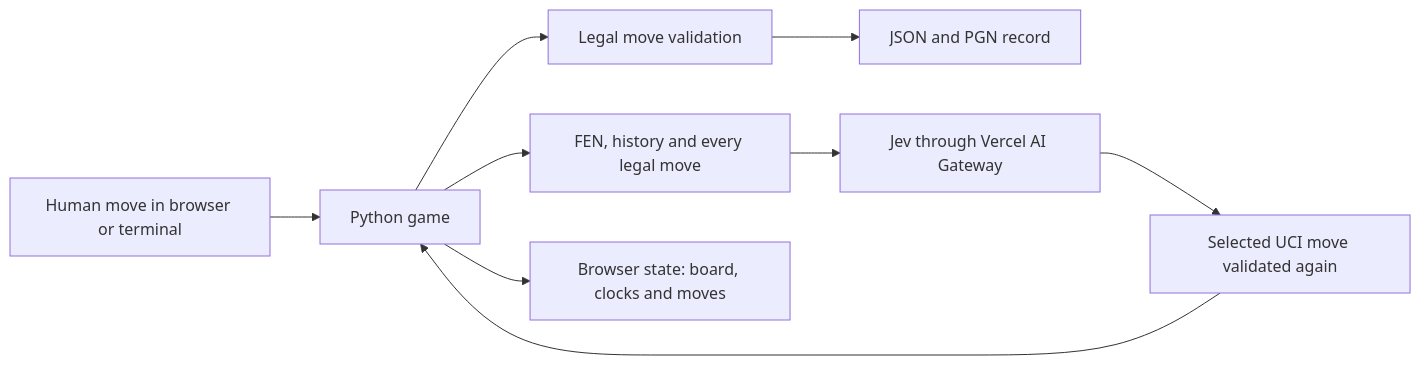
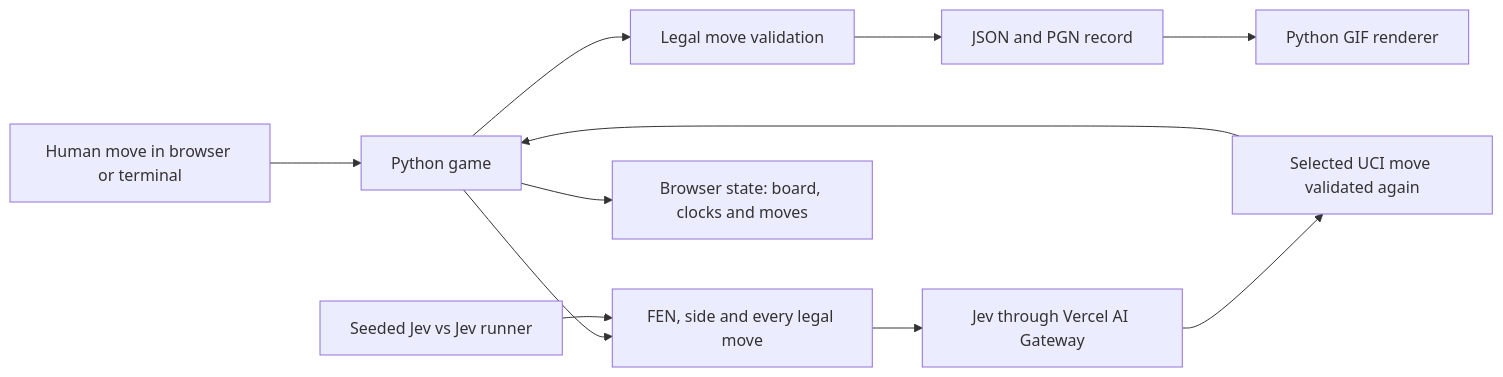
One commit to EvanGruhlkey/JevChess changed the diagram in README.md. Above: the diagram before and after it, drawn with Mermaid. The commit also changed other lines of this file, not shown here.

````diff
--- a/README.md
+++ b/README.md
@@ -16,11 +18,13 @@
 ```mermaid
 flowchart LR
   H[Human move in browser or terminal] --> G[Python game]
   G --> L[Legal move validation]
   L --> R[JSON and PGN record]
-  G --> Q[FEN, history and every legal move]
+  G --> Q[FEN, side and every legal move]
   Q --> J[Jev through Vercel AI Gateway]
   J --> V[Selected UCI move validated again]
   V --> G
   G --> U[Browser state: board, clocks and moves]
+  S[Seeded Jev vs Jev runner] --> Q
+  R --> P[Python GIF renderer]
 ```
````
